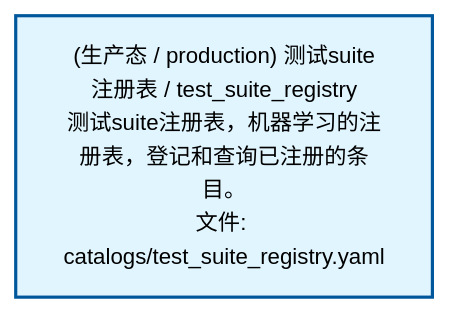
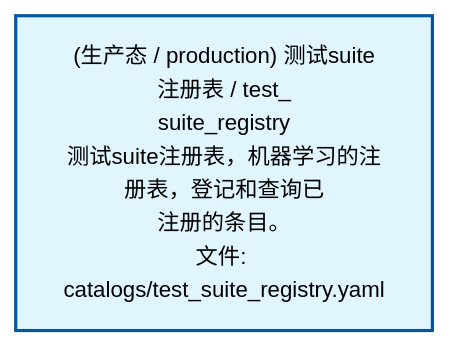
The first of 2 diagrams in docs/02_enterprise_architecture/02_domain_architecture_docs/33_d_audittest.md (xuanFelixVan/ZephyrAlpha), drawn with Mermaid before and after one commit. The commit also changed other lines of this file and 61 other files, not shown here.

````diff
--- a/docs/02_enterprise_architecture/02_domain_architecture_docs/33_d_audittest.md
+++ b/docs/02_enterprise_architecture/02_domain_architecture_docs/33_d_audittest.md
@@ -53,10 +53,10 @@
 ```mermaid
 %%{init: {'theme': 'base', 'themeVariables': {'primaryColor': '#eaeaea', 'primaryTextColor': '#333333', 'primaryBorderColor': '#666666', 'lineColor': '#666666', 'secondaryColor': '#eaeaea', 'tertiaryColor': '#eaeaea', 'fontSize': '14px'}}}%%
 flowchart TD
-    docs_01_policies_and_standards_registry_catalogs_test_suite_registry_yaml["(生产态 / production) 测试suite注册表 / test_suite_registry<br/>测试suite注册表，机器学习的注册表，登记和查询已注册的条目。<br/>文件: catalogs/test_suite_registry.yaml"]
+    docs_01_policies_and_standards_registry_catalogs_test_suite_registry_yaml["(生产态 / production) 测试suite注册表 / test_<br/>suite_registry<br/>测试suite注册表，机器学习的注册表，登记和查询已<br/>注册的条目。<br/>文件: catalogs/test_suite_registry.yaml"]
     classDef production fill:#e1f5fe,stroke:#01579b,stroke-width:2px,color:#000
     classDef design fill:#fff3e0,stroke:#e65100,stroke-width:2px,color:#000,stroke-dasharray: 5 5
     classDef external_prod fill:#e8f4fd,stroke:#0277bd,stroke-width:1px,color:#000
     classDef external_design fill:#fff8e7,stroke:#ef6c00,stroke-width:1px,color:#000,stroke-dasharray: 5 5
     class docs_01_policies_and_standards_registry_catalogs_test_suite_registry_yaml production
 ```
````
